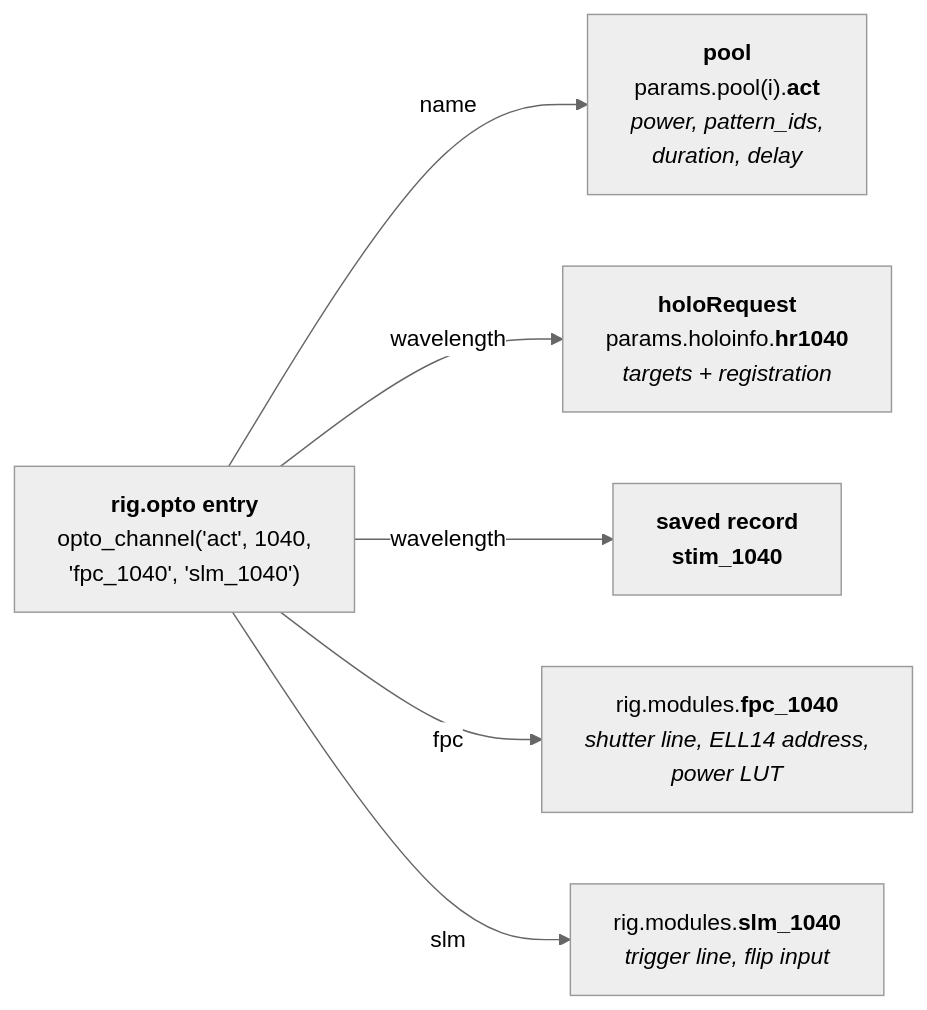
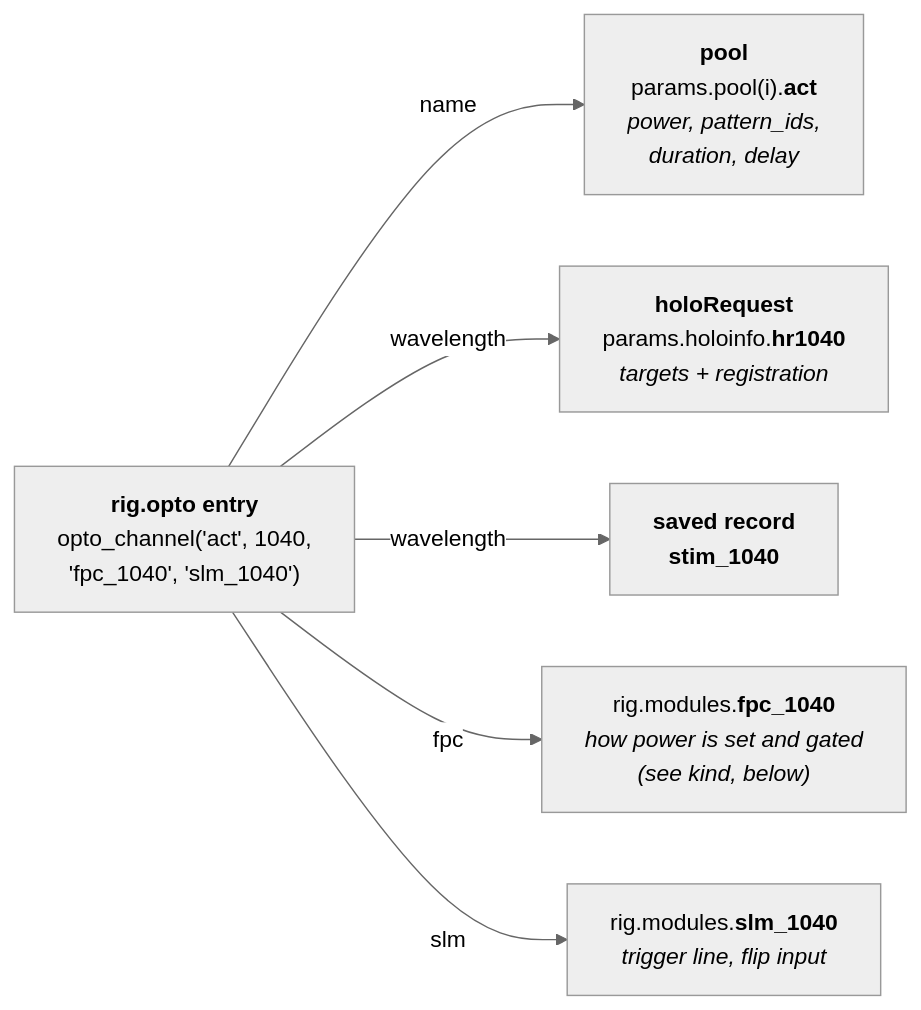
The fifth of 6 diagrams in README.md (adesnik-lab/holodaq), drawn with Mermaid (neutral theme) before and after one commit. The commit also changed other lines of this file, not shown here.

````diff
--- a/README.md
+++ b/README.md
@@ -265,10 +265,10 @@
 ```mermaid
 graph LR
     RC["<b>rig.opto entry</b><br/>opto_channel('act', 1040,<br/>'fpc_1040', 'slm_1040')"]
 
     RC -->|name| P["<b>pool</b><br/>params.pool(i).<b>act</b><br/><i>power, pattern_ids,<br/>duration, delay</i>"]
     RC -->|wavelength| HR["<b>holoRequest</b><br/>params.holoinfo.<b>hr1040</b><br/><i>targets + registration</i>"]
     RC -->|wavelength| SV["<b>saved record</b><br/><b>stim_1040</b>"]
-    RC -->|fpc| FPC["rig.modules.<b>fpc_1040</b><br/><i>shutter line, ELL14 address,<br/>power LUT</i>"]
+    RC -->|fpc| FPC["rig.modules.<b>fpc_1040</b><br/><i>how power is set and gated<br/>(see kind, below)</i>"]
     RC -->|slm| SLM["rig.modules.<b>slm_1040</b><br/><i>trigger line, flip input</i>"]
 ```
````
